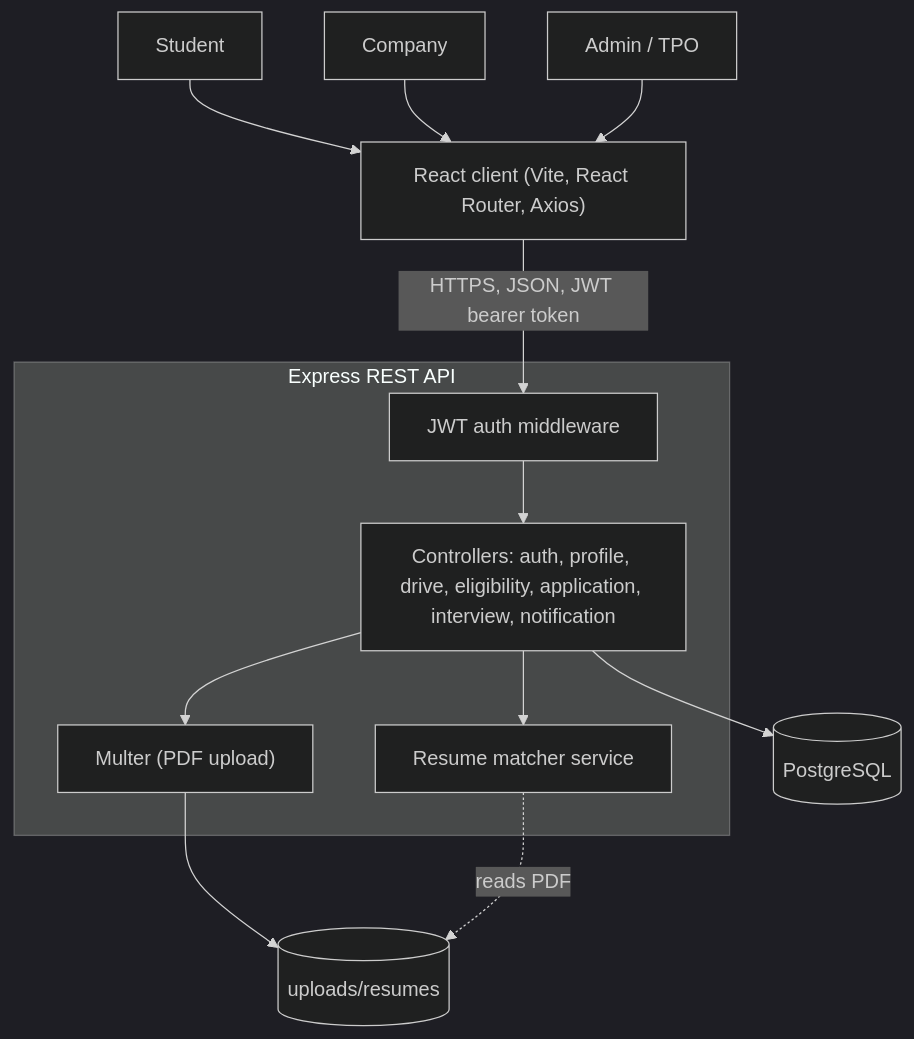
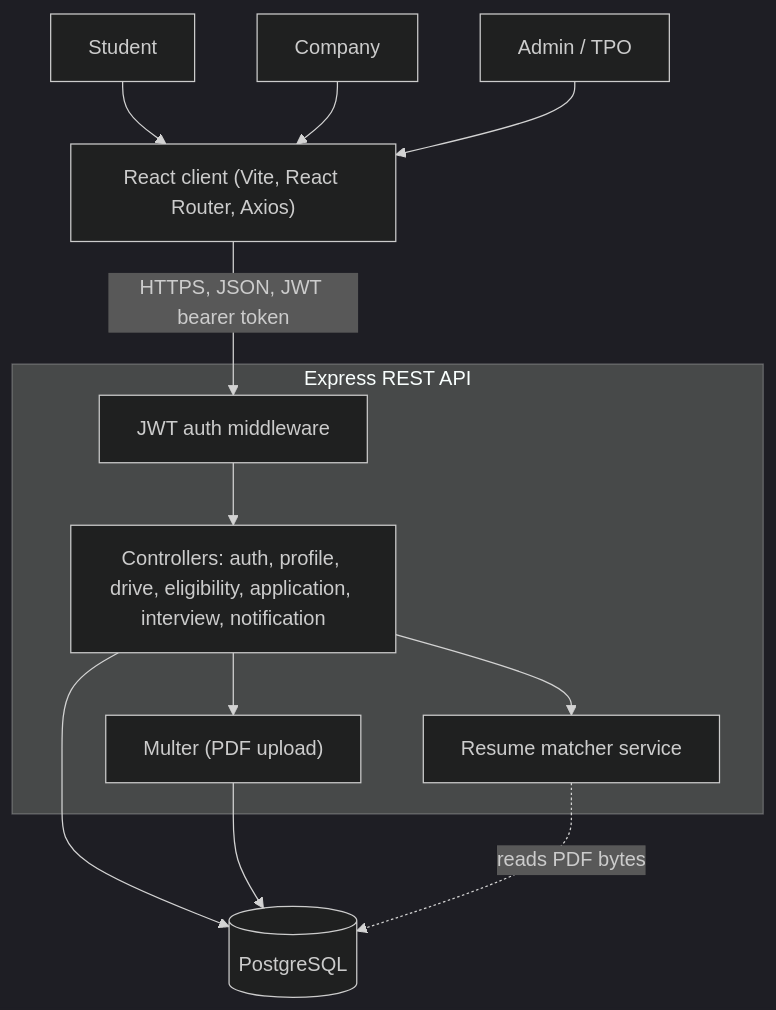
Before and after one commit to manya-ahuja20/DayZer0-campus-placement-portal: the diagram in README.md, drawn with Mermaid (dark theme). The commit also changed other lines of this file, not shown here.

````diff
--- a/README.md
+++ b/README.md
@@ -40,15 +40,15 @@
 ```mermaid
 flowchart TD
     U1["Student"] --> CL
     U2["Company"] --> CL
     U3["Admin / TPO"] --> CL
     CL["React client (Vite, React Router, Axios)"] -->|"HTTPS, JSON, JWT bearer token"| MW
     subgraph API["Express REST API"]
         MW["JWT auth middleware"] --> CTRL["Controllers: auth, profile, drive, eligibility, application, interview, notification"]
         CTRL --> MATCH["Resume matcher service"]
         CTRL --> UP["Multer (PDF upload)"]
     end
     CTRL --> DB[("PostgreSQL")]
-    UP --> FS[("uploads/resumes")]
-    MATCH -.->|"reads PDF"| FS
+    UP --> DB
+    MATCH -.->|"reads PDF bytes"| DB
 ```
````
